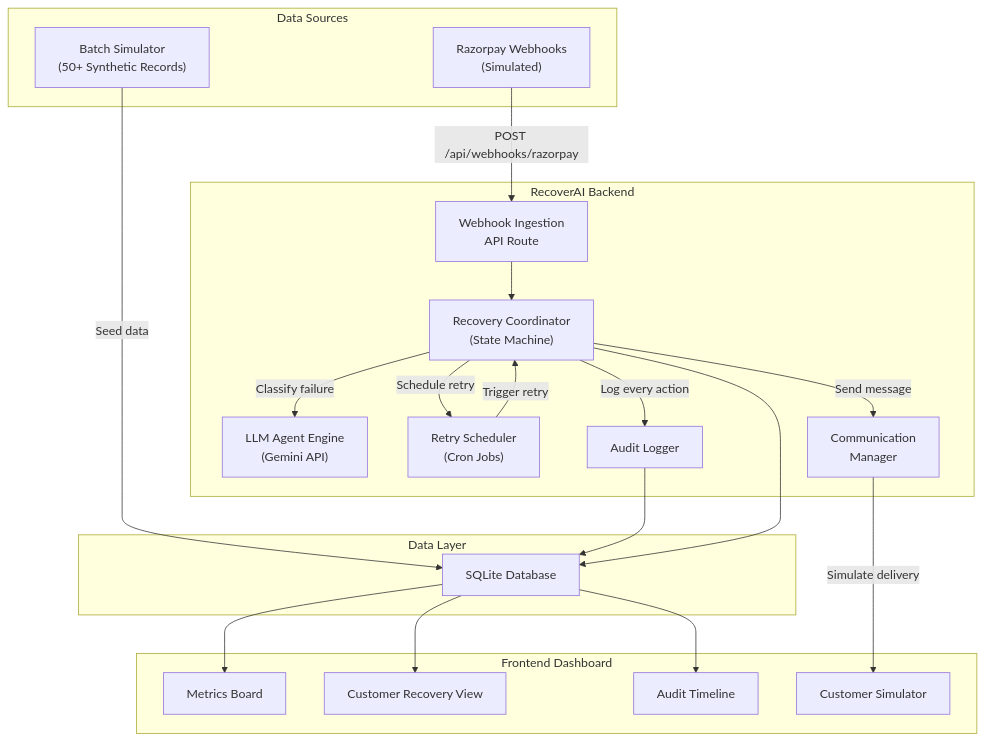
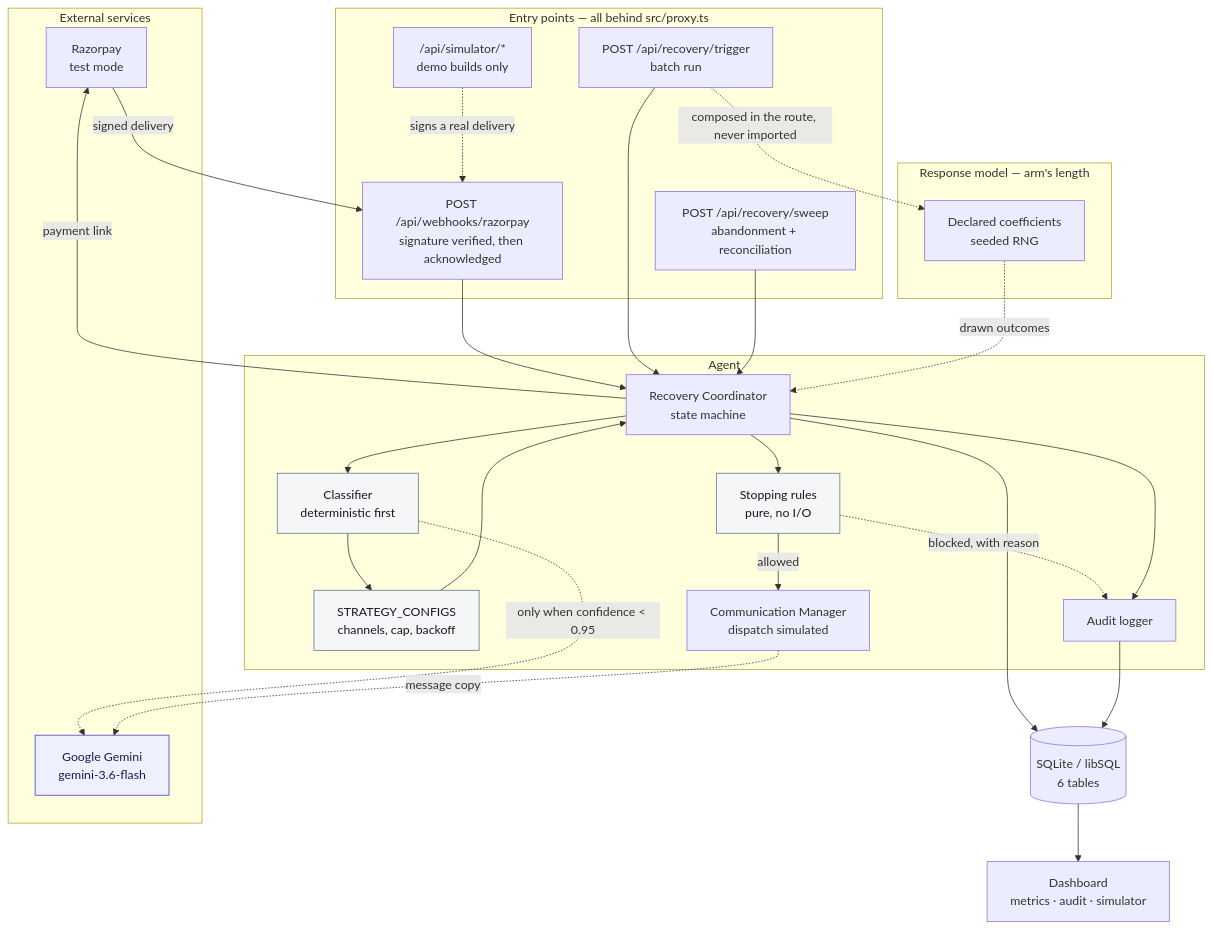
Before and after one commit to archittmittal/Recover-AI: the first of 7 diagrams in docs/PROJECT_DOCUMENTATION.md, drawn with Mermaid. The commit also changed other lines of this file and 2 other files, not shown here.

````diff
--- a/docs/PROJECT_DOCUMENTATION.md
+++ b/docs/PROJECT_DOCUMENTATION.md
@@ -161,42 +161,58 @@
 ```mermaid
 graph TB
-    subgraph "Data Sources"
-        WH["Razorpay Webhooks<br/>(Simulated)"]
-        SIM["Batch Simulator<br/>(50+ Synthetic Records)"]
+    subgraph ext["External services"]
+        RZP["Razorpay<br/>test mode"]
+        GEM["Google Gemini<br/>gemini-3.6-flash"]
     end
 
-    subgraph "RecoverAI Backend"
-        ING["Webhook Ingestion<br/>API Route"]
-        RC["Recovery Coordinator<br/>(State Machine)"]
-        LLM["LLM Agent Engine<br/>(Gemini API)"]
-        SCH["Retry Scheduler<br/>(Cron Jobs)"]
-        COM["Communication<br/>Manager"]
-        AUD["Audit Logger"]
+    subgraph edge["Entry points — all behind src/proxy.ts"]
+        WHK["POST /api/webhooks/razorpay<br/>signature verified, then acknowledged"]
+        TRG["POST /api/recovery/trigger<br/>batch run"]
+        SWP["POST /api/recovery/sweep<br/>abandonment + reconciliation"]
+        SIMR["/api/simulator/*<br/>demo builds only"]
     end
 
-    subgraph "Data Layer"
-        DB["SQLite Database"]
+    subgraph agent["Agent"]
+        CLS["Classifier<br/>deterministic first"]
+        STR["STRATEGY_CONFIGS<br/>channels, cap, backoff"]
+        RC["Recovery Coordinator<br/>state machine"]
+        SR["Stopping rules<br/>pure, no I/O"]
+        COM["Communication Manager<br/>dispatch simulated"]
+        AUD["Audit logger"]
     end
 
-    subgraph "Frontend Dashboard"
-        MET["Metrics Board"]
-        CUS["Customer Recovery View"]
-        TIM["Audit Timeline"]
-        CSIM["Customer Simulator"]
+    subgraph model["Response model — arm's length"]
+        RM["Declared coefficients<br/>seeded RNG"]
     end
 
-    WH -->|POST /api/webhooks/razorpay| ING
-    SIM -->|Seed data| DB
-    ING --> RC
-    RC -->|Classify failure| LLM
-    RC -->|Schedule retry| SCH
-    RC -->|Send message| COM
-    RC -->|Log every action| AUD
+    DB[("SQLite / libSQL<br/>6 tables")]
+    UI["Dashboard<br/>metrics · audit · simulator"]
+
+    RZP -->|signed delivery| WHK
+    WHK --> RC
+    TRG --> RC
+    SWP --> RC
+    SIMR -.->|signs a real delivery| WHK
+
+    RC --> CLS
+    CLS -.->|only when confidence < 0.95| GEM
+    CLS --> STR
+    STR --> RC
+    RC --> SR
+    SR -->|allowed| COM
+    SR -.->|blocked, with reason| AUD
+    COM -.->|message copy| GEM
+    RC -->|payment link| RZP
+    RC --> AUD
+    RC --> DB
     AUD --> DB
-    RC --> DB
-    SCH -->|Trigger retry| RC
-    COM -->|Simulate delivery| CSIM
-    DB --> MET
-    DB --> CUS
-    DB --> TIM
+    DB --> UI
+
+    TRG -.->|composed in the route, never imported| RM
+    RM -.->|drawn outcomes| RC
+
+    classDef llm fill:#EEF0FE,stroke:#4338CA,color:#1E1B4B
+    classDef det fill:#F4F6F8,stroke:#64748B,color:#16181D
+    class GEM llm
+    class CLS,SR,STR det
 ```
````
